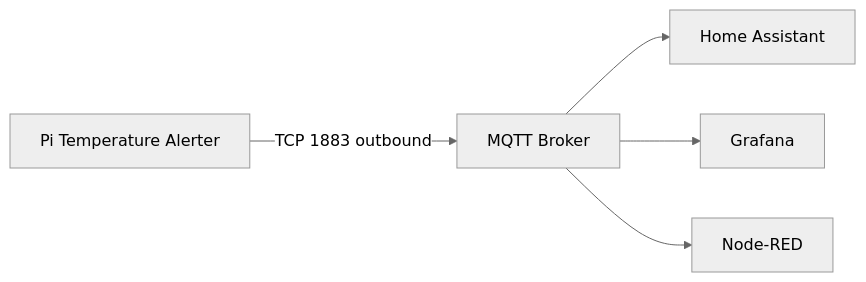
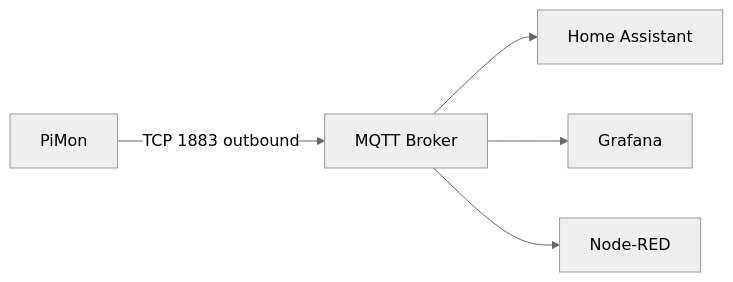
The fourth of 4 diagrams in README.md (disappointingsupernova/pimon), drawn with Mermaid (neutral theme) before and after one commit. The commit also changed other lines of this file and 51 other files, not shown here.

````diff
--- a/README.md
+++ b/README.md
@@ -460,7 +460,7 @@
 ```mermaid
 graph LR
-    A[Pi Temperature Alerter] -->|TCP 1883 outbound| B[MQTT Broker]
+    A[PiMon] -->|TCP 1883 outbound| B[MQTT Broker]
     B --> C[Home Assistant]
     B --> D[Grafana]
     B --> E[Node-RED]
 ```
````
